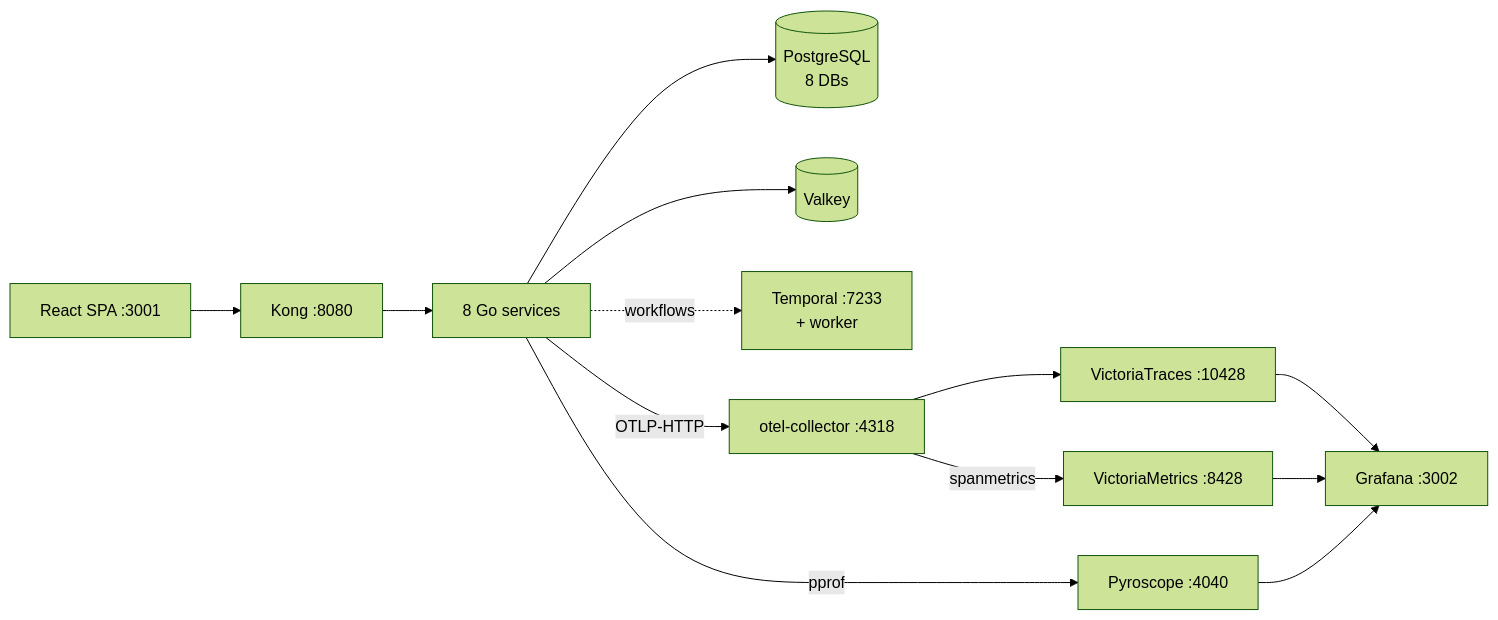
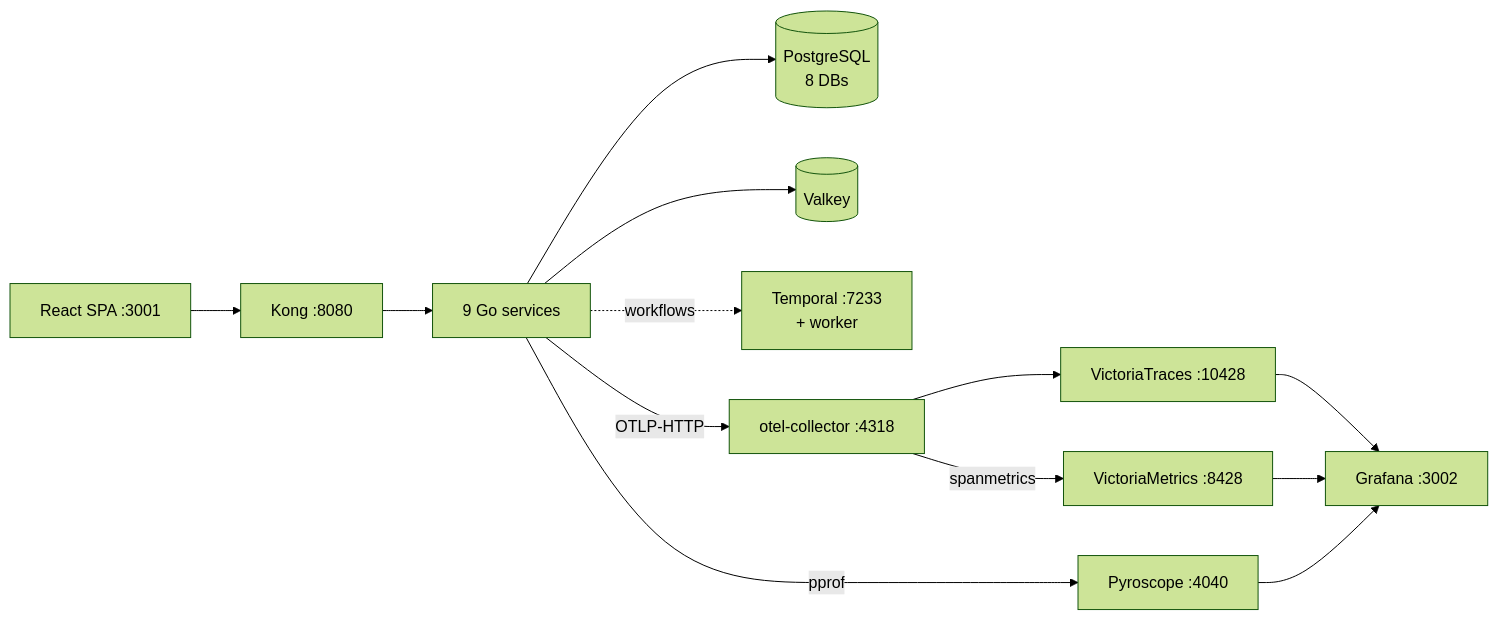
The first of 2 diagrams in local-stack/README.md (duynhlab/homelab), drawn with Mermaid (forest theme) before and after one commit. The commit also changed other lines of this file and 2 other files, not shown here.

First line of the commit message:
Correct local gateway to Kong in catalog and README (#492)

````diff
--- a/local-stack/README.md
+++ b/local-stack/README.md
@@ -42,15 +42,15 @@
 ```mermaid
 flowchart LR
     SPA["React SPA :3001"] --> KONG["Kong :8080"]
-    KONG --> SVC["8 Go services"]
+    KONG --> SVC["9 Go services"]
     SVC --> PG[(PostgreSQL<br/>8 DBs)]
     SVC --> VALKEY[(Valkey)]
     SVC -. workflows .-> TMP["Temporal :7233<br/>+ worker"]
     SVC -- "OTLP-HTTP" --> COL["otel-collector :4318"]
     COL --> VT["VictoriaTraces :10428"]
     COL -->|spanmetrics| VM["VictoriaMetrics :8428"]
     VT --> GRAF["Grafana :3002"]
     VM --> GRAF
     SVC -- "pprof" --> PYRO["Pyroscope :4040"]
     PYRO --> GRAF
 ```
````
